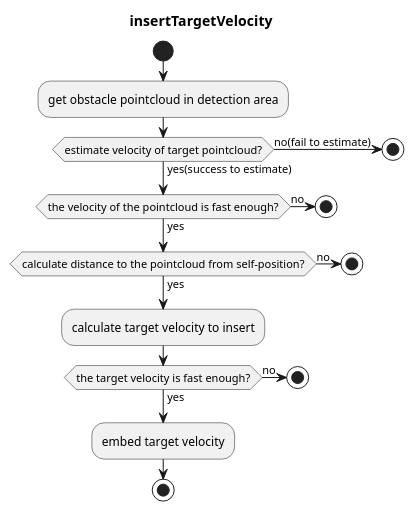
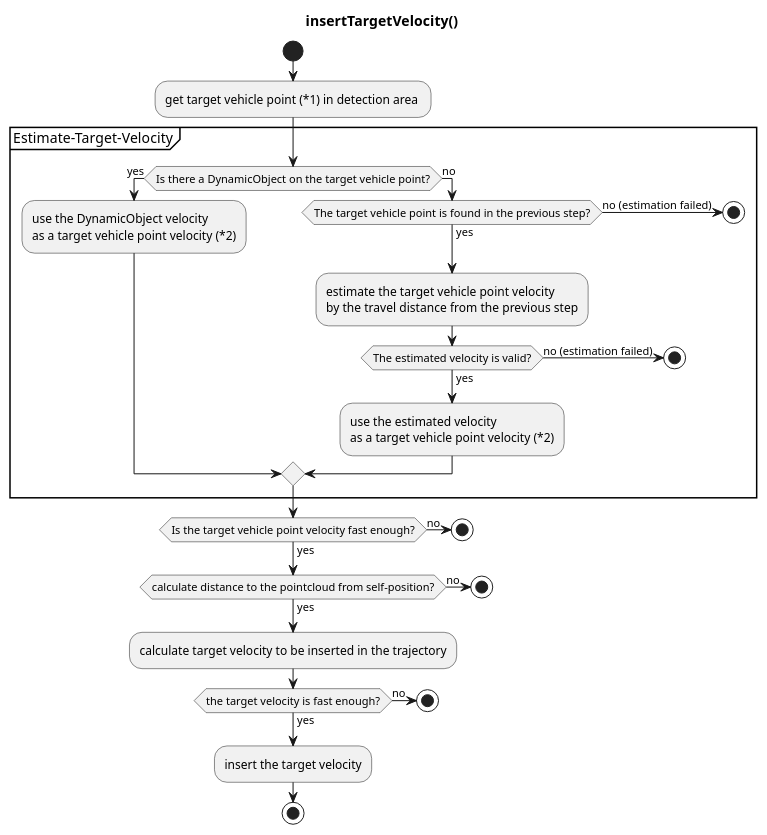
The third of 3 diagrams in planning/obstacle_stop_planner/README.md (autowarefoundation/autoware.universe), drawn with PlantUML before and after one commit. The commit also changed other lines of this file, not shown here.

Commit message:
docs: add obstacle stop doc (#266)
* docs: add obstacle stop doc

add sentence

Update planning/obstacle_stop_planner/README.md

* update acc document

* ci(pre-commit): autofix

````diff
--- a/planning/obstacle_stop_planner/README.md
+++ b/planning/obstacle_stop_planner/README.md
@@ -208,35 +208,52 @@
 ```plantuml
 @startuml
-title insertTargetVelocity
+title insertTargetVelocity()
 start
 
-:get obstacle pointcloud in detection area;
+:get target vehicle point (*1) in detection area ;
 
-if (estimate velocity of target pointcloud?) then (yes(success to estimate))
-else (no(fail to estimate))
+partition Estimate-Target-Velocity {
+
+if (Is there a DynamicObject on the target vehicle point?) then (yes)
+:use the DynamicObject velocity\nas a target vehicle point velocity (*2);
+else (no)
+
+  if (The target vehicle point is found in the previous step?) then (yes)
+  else (no (estimation failed))
   stop
+  endif
+
+  :estimate the target vehicle point velocity \nby the travel distance from the previous step;
+
+  if (The estimated velocity is valid?) then (yes)
+  else (no (estimation failed))
+  stop
+  endif
+
+  :use the estimated velocity\nas a target vehicle point velocity (*2);
+
 endif
+}
 
-
-if (the velocity of the pointcloud is fast enough?) then (yes)
+if (Is the target vehicle point velocity fast enough?) then (yes)
 else (no)
   stop
 endif
 
 if (calculate distance to the pointcloud from self-position?) then (yes)
 else (no)
   stop
 endif
 
-:calculate target velocity to insert;
+:calculate target velocity to be inserted in the trajectory;
 
 if (the target velocity is fast enough?) then (yes)
 else (no)
   stop
 endif
 
-:embed target velocity;
+:insert the target velocity;
 
 stop
 @enduml
 ```
````
